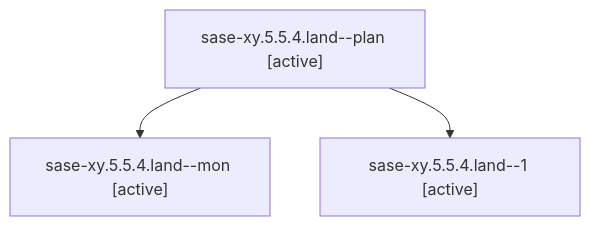
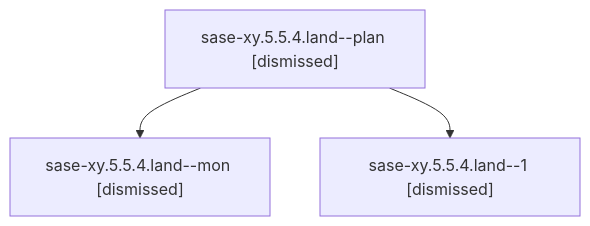
Before and after one commit to sase-org/sase--agents: the diagram in sessions/bbugyi200.athena.sase-xy.5.5.4.land.md, drawn with Mermaid. The commit also changed other lines of this file and 206 other files, not shown here.

````diff
--- a/sessions/bbugyi200.athena.sase-xy.5.5.4.land.md
+++ b/sessions/bbugyi200.athena.sase-xy.5.5.4.land.md
@@ -9,8 +9,8 @@
 ```mermaid
 flowchart TD
-  n0["sase-xy.5.5.4.land--plan [active]"]
-  n1["sase-xy.5.5.4.land--mon [active]"]
+  n0["sase-xy.5.5.4.land--plan [dismissed]"]
+  n1["sase-xy.5.5.4.land--mon [dismissed]"]
   n0 --> n1
-  n2["sase-xy.5.5.4.land--1 [active]"]
+  n2["sase-xy.5.5.4.land--1 [dismissed]"]
   n0 --> n2
 ```
````
